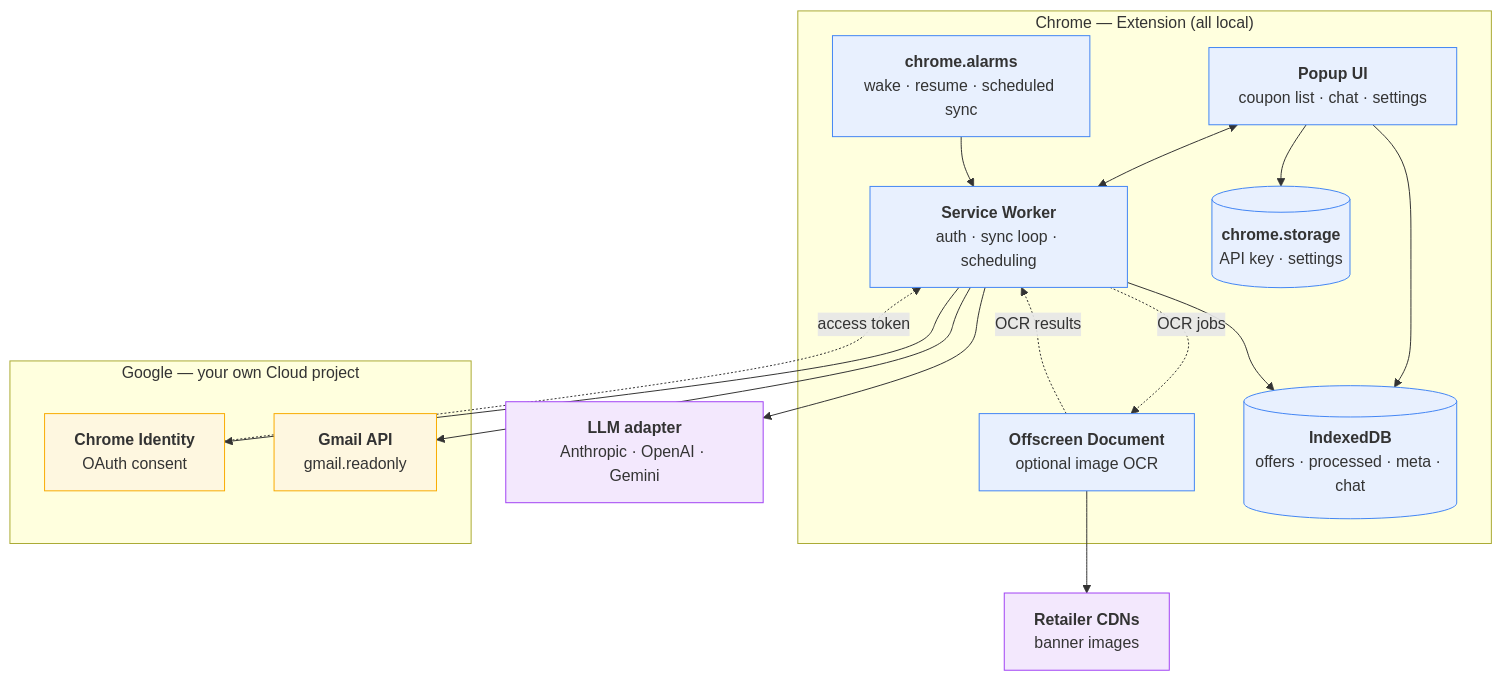
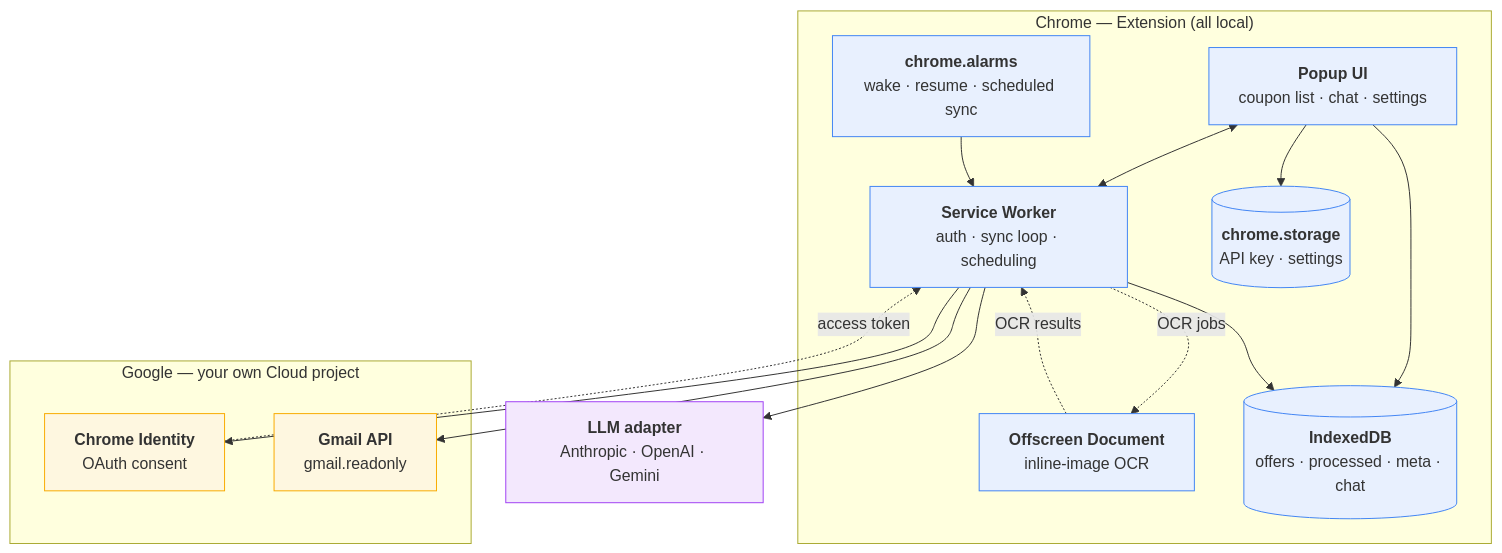
The first of 5 diagrams in COUPON-EXTENSION-DESIGN.md (NigamDevansh/email-promocode), drawn with Mermaid before and after one commit. The commit also changed other lines of this file and 39 other files, not shown here.

````diff
--- a/COUPON-EXTENSION-DESIGN.md
+++ b/COUPON-EXTENSION-DESIGN.md
@@ -49,39 +49,37 @@
 ```mermaid
 flowchart TB
     subgraph BROWSER["Chrome — Extension (all local)"]
         POPUP["<b>Popup UI</b><br/>coupon list · chat · settings"]
         ALARM["<b>chrome.alarms</b><br/>wake · resume · scheduled sync"]
         SW["<b>Service Worker</b><br/>auth · sync loop · scheduling"]
-        OFF["<b>Offscreen Document</b><br/>optional image OCR"]
+        OFF["<b>Offscreen Document</b><br/>inline-image OCR"]
         IDB[("<b>IndexedDB</b><br/>offers · processed · meta · chat")]
         CS[("<b>chrome.storage</b><br/>API key · settings")]
     end
 
     subgraph GOOGLE["Google — your own Cloud project"]
         OAUTH["<b>Chrome Identity</b><br/>OAuth consent"]
         GAPI["<b>Gmail API</b><br/>gmail.readonly"]
     end
 
     LLM["<b>LLM adapter</b><br/>Anthropic · OpenAI · Gemini"]
-    CDN["<b>Retailer CDNs</b><br/>banner images"]
 
     POPUP <--> SW
     ALARM --> SW
     POPUP --> IDB
     POPUP --> CS
     SW --> OAUTH
     OAUTH -. access token .-> SW
     SW --> GAPI
     SW -. OCR jobs .-> OFF
     OFF -. OCR results .-> SW
     SW --> IDB
     SW --> LLM
-    OFF --> CDN
 
     classDef browser fill:#e8f0fe,stroke:#4285f4,stroke-width:1px
     classDef google fill:#fef7e0,stroke:#f9ab00,stroke-width:1px
     classDef ext fill:#f3e8fd,stroke:#a142f4,stroke-width:1px
     class POPUP,ALARM,SW,OFF,IDB,CS browser
     class OAUTH,GAPI google
-    class LLM,CDN ext
+    class LLM ext
 ```
````
